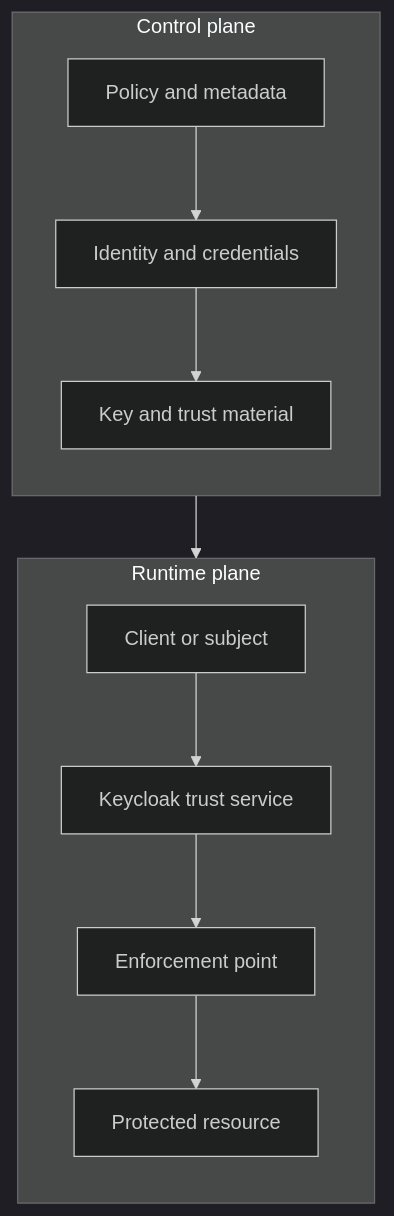
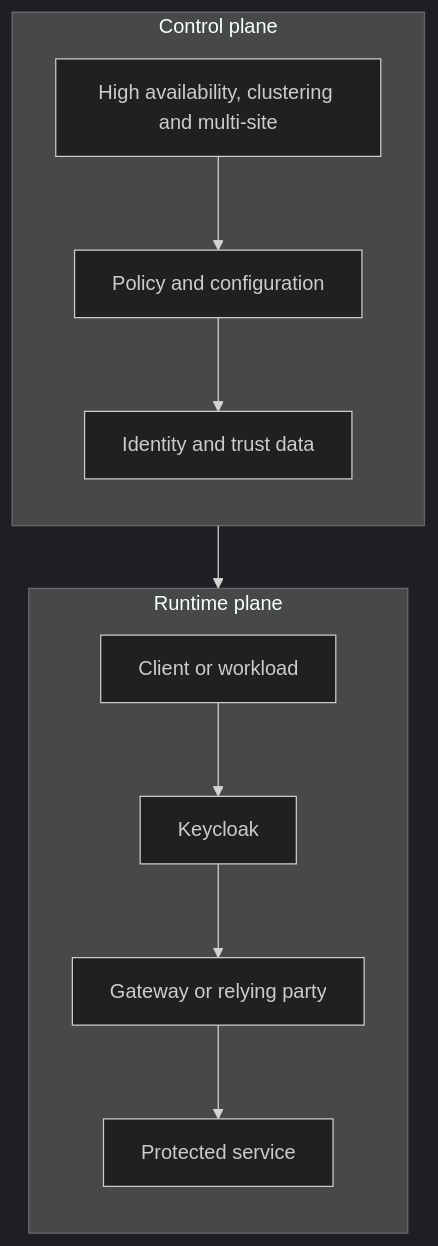
Before and after one commit to jeanflorentine/IAM-KeyCloack-Lab: diagram 23 of 36 in KeyCloack Reference Book.md, drawn with Mermaid (dark theme). The commit also changed other lines of this file, not shown here.

````diff
--- a/KeyCloack Reference Book.md
+++ b/KeyCloack Reference Book.md
@@ -2645,24 +2559,24 @@
 ```mermaid
 flowchart TB
     subgraph CP[Control plane]
         direction TB
-        P[Policy and metadata]
-        I[Identity and credentials]
-        K[Key and trust material]
-        P --> I
-        I --> K
+        A[High availability, clustering and multi-site]
+        B[Policy and configuration]
+        C[Identity and trust data]
+        A --> B
+        B --> C
     end
 
     subgraph RP[Runtime plane]
         direction TB
-        C[Client or subject]
-        KC[Keycloak trust service]
-        E[Enforcement point]
-        R[Protected resource]
-        C --> KC
-        KC --> E
-        E --> R
+        D[Client or workload]
+        E[Keycloak]
+        F[Gateway or relying party]
+        G[Protected service]
+        D --> E
+        E --> F
+        F --> G
     end
 
     CP --> RP
 ```
````
